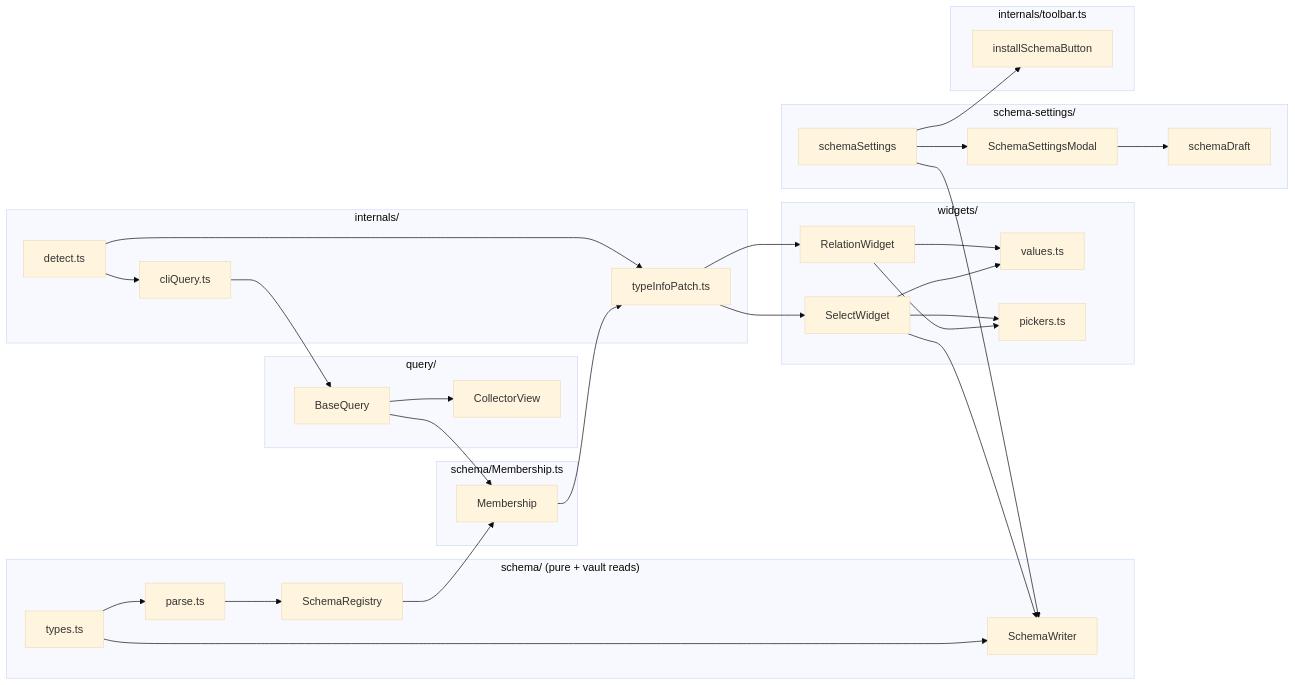
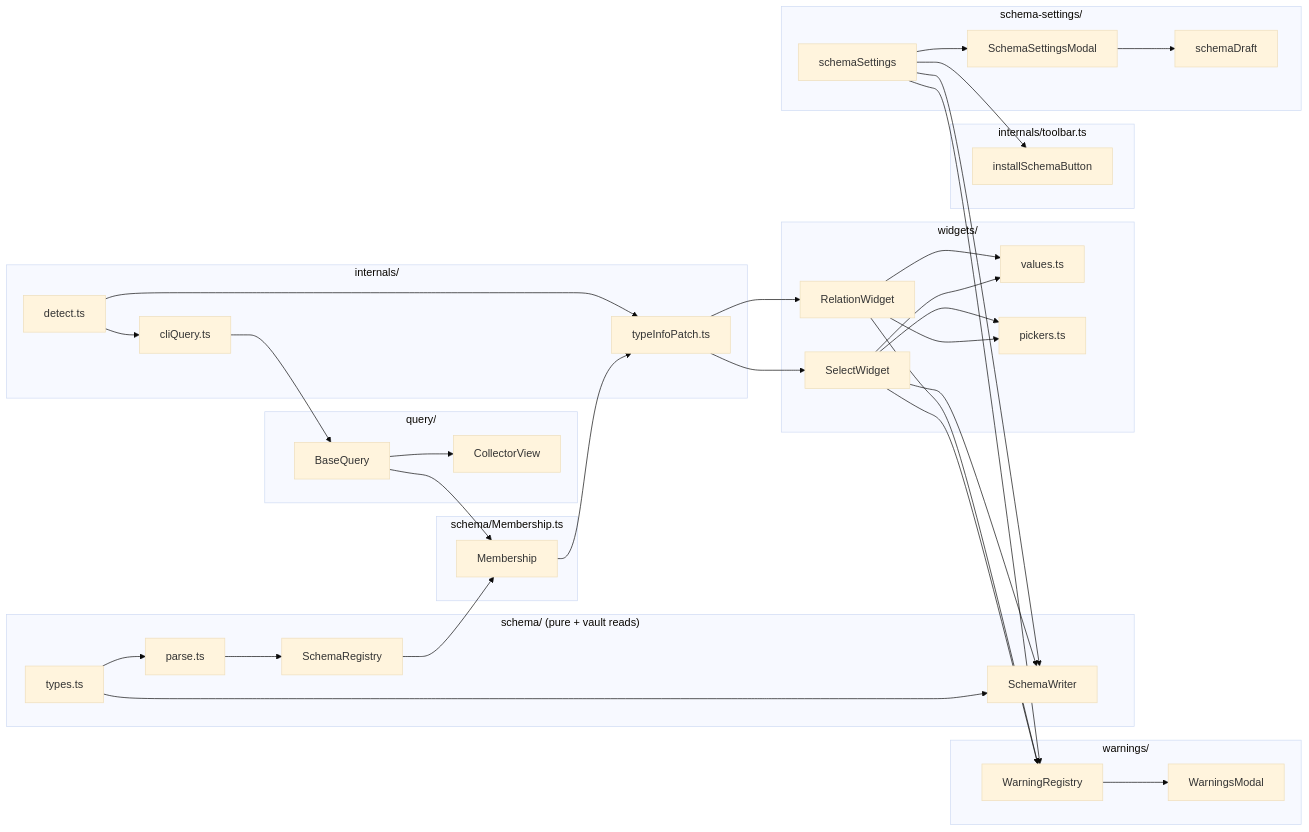
One commit to Macavity/obsidian-improved-bases changed the diagram in wiki/architecture/layers.md. Above: the diagram before and after it, drawn with Mermaid (base theme). The commit also changed other lines of this file and 14 other files, not shown here.

````diff
--- a/wiki/architecture/layers.md
+++ b/wiki/architecture/layers.md
@@ -17,40 +17,46 @@
 ```mermaid
 flowchart LR
   subgraph schema["schema/ (pure + vault reads)"]
     types[types.ts] --> parse[parse.ts]
     parse --> Registry[SchemaRegistry]
     types --> Writer[SchemaWriter]
   end
   subgraph query["query/"]
     BQ[BaseQuery] --> Collector[CollectorView]
   end
   subgraph membership["schema/Membership.ts"]
     M[Membership]
   end
   subgraph internals["internals/"]
     detect[detect.ts] --> patch[typeInfoPatch.ts]
     detect --> cli[cliQuery.ts]
   end
   subgraph widgets["widgets/"]
     RW[RelationWidget] --> values[values.ts]
     SW[SelectWidget] --> values
     SW --> pickers[pickers.ts]
     RW --> pickers
   end
   subgraph commands["schema-settings/"]
     ss[schemaSettings] --> Writer
     modal[SchemaSettingsModal] --> draft[schemaDraft]
     ss --> modal
   end
   subgraph toolbar["internals/toolbar.ts"]
     btn[installSchemaButton]
   end
+  subgraph warnings["warnings/"]
+    WR[WarningRegistry] --> WM[WarningsModal]
+  end
   ss --> btn
+  ss --> WR
+  RW --> WR
+  SW --> WR
   Registry --> M
   BQ --> M
   cli --> BQ
   M --> patch
   patch --> RW
   patch --> SW
   SW --> Writer
 ```
````
